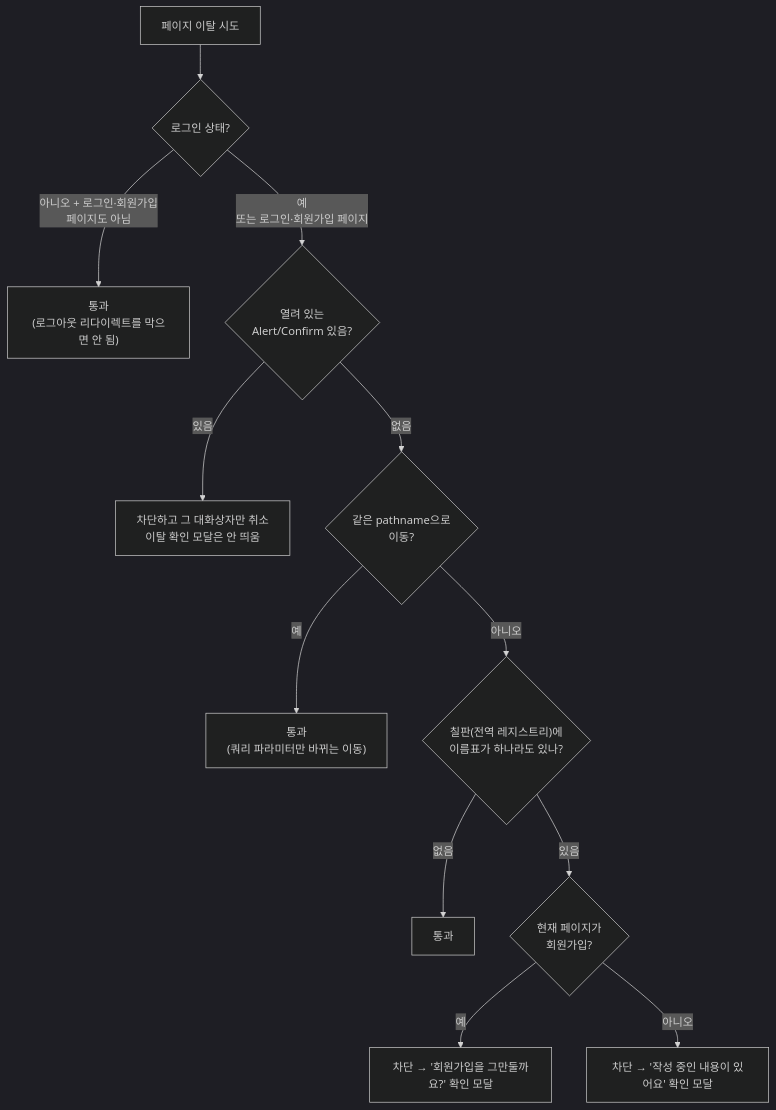
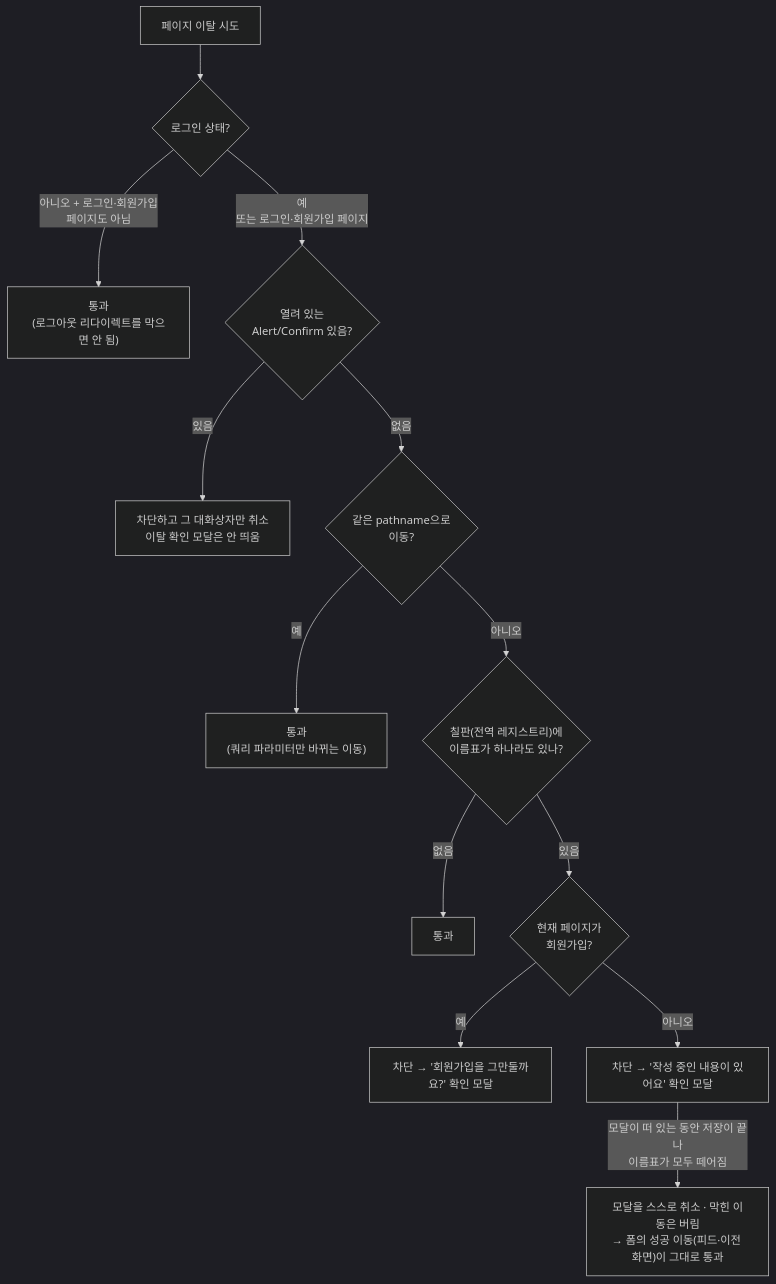
The diagram in docs/UNSAVED-CHANGES-GUARD.md (BAECHAN/link-sphere_FE_NEW), drawn with Mermaid (dark theme) before and after one commit. The commit also changed other lines of this file and 12 other files, not shown here.

````diff
--- a/docs/UNSAVED-CHANGES-GUARD.md
+++ b/docs/UNSAVED-CHANGES-GUARD.md
@@ -30,14 +30,15 @@
 ```mermaid
 flowchart TD
   Nav["페이지 이탈 시도"] --> Auth{"로그인 상태?"}
   Auth -->|"아니오 + 로그인·회원가입<br/>페이지도 아님"| Allow1["통과<br/>(로그아웃 리다이렉트를 막으면 안 됨)"]
   Auth -->|"예<br/>또는 로그인·회원가입 페이지"| AlertOpen{"열려 있는<br/>Alert/Confirm 있음?"}
   AlertOpen -->|있음| BlockAlert["차단하고 그 대화상자만 취소<br/>이탈 확인 모달은 안 띄움"]
   AlertOpen -->|없음| SamePath{"같은 pathname으로<br/>이동?"}
   SamePath -->|예| Allow2["통과<br/>(쿼리 파라미터만 바뀌는 이동)"]
   SamePath -->|아니오| Dirty{"칠판(전역 레지스트리)에<br/>이름표가 하나라도 있나?"}
   Dirty -->|없음| Allow3["통과"]
   Dirty -->|있음| Page{"현재 페이지가<br/>회원가입?"}
   Page -->|예| BlockSignup["차단 → '회원가입을 그만둘까요?' 확인 모달"]
   Page -->|아니오| BlockConfirm["차단 → '작성 중인 내용이 있어요' 확인 모달"]
+  BlockConfirm -->|"모달이 떠 있는 동안 저장이 끝나<br/>이름표가 모두 떼어짐"| AutoClose["모달을 스스로 취소 · 막힌 이동은 버림<br/>→ 폼의 성공 이동(피드·이전 화면)이 그대로 통과"]
 ```
````
